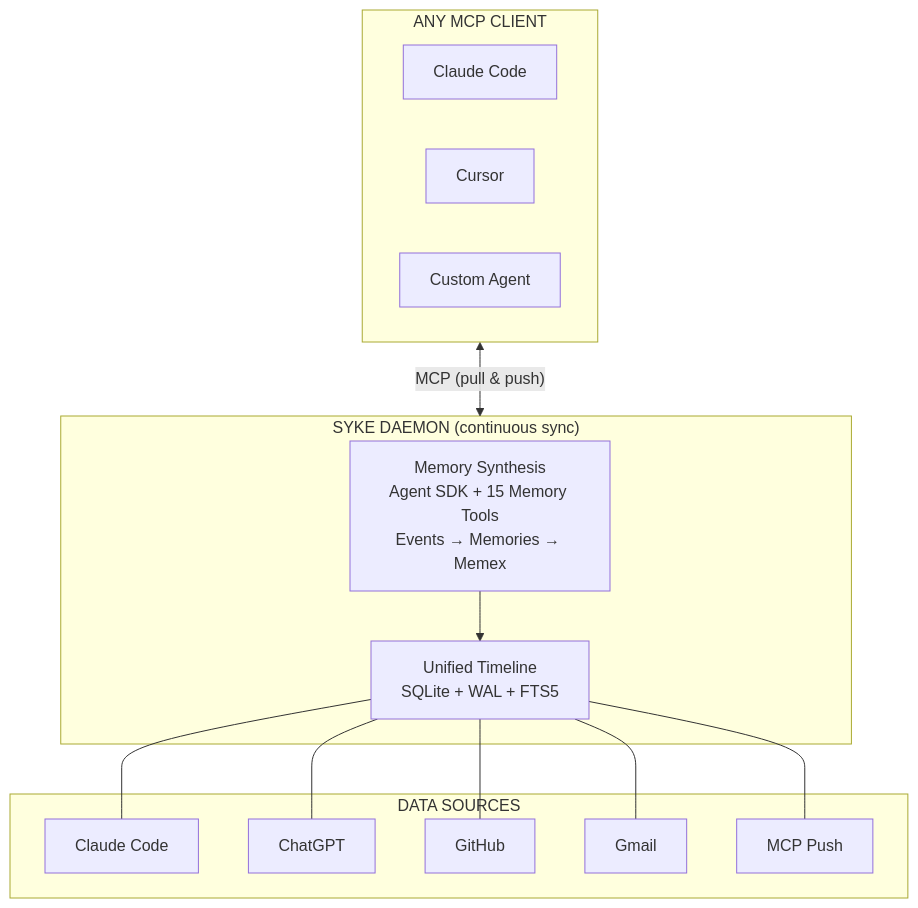
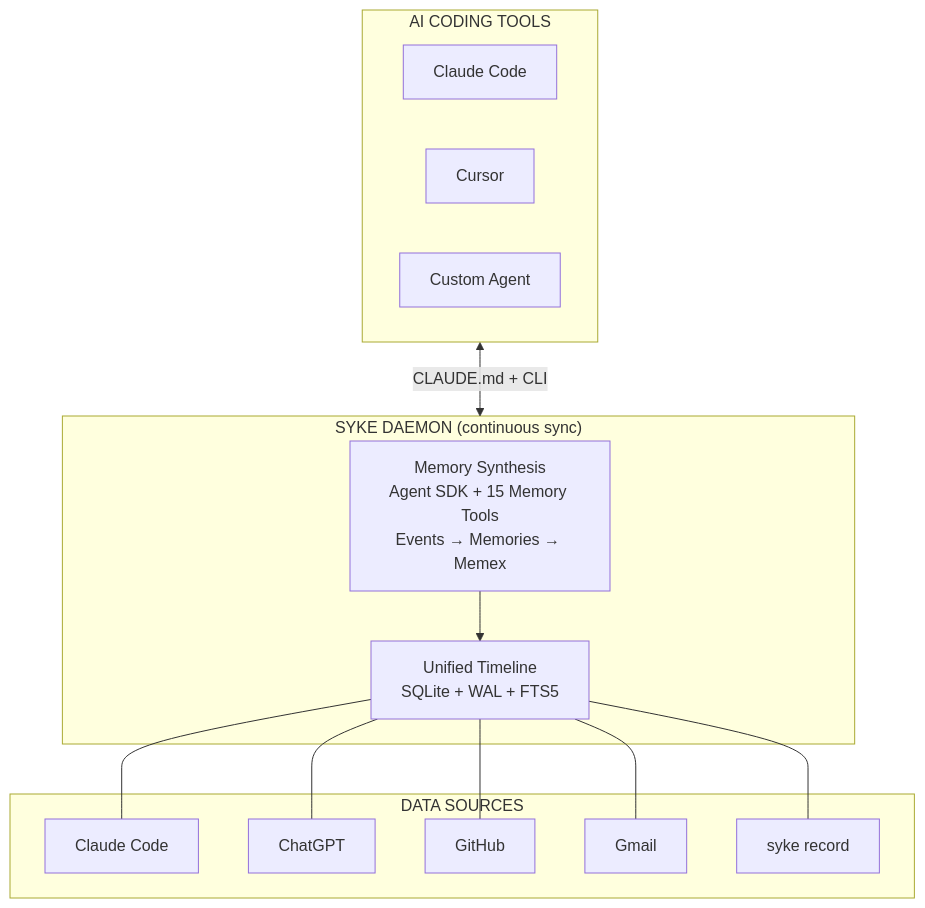
The diagram in docs-site/pages/guide/how-it-works.mdx (saxenauts/syke), drawn with Mermaid before and after one commit. The commit also changed other lines of this file and 5 other files, not shown here.

````diff
--- a/docs-site/pages/guide/how-it-works.mdx
+++ b/docs-site/pages/guide/how-it-works.mdx
@@ -7,25 +7,25 @@
 ```mermaid
 graph TB
-    subgraph Clients["ANY MCP CLIENT"]
+    subgraph Clients["AI CODING TOOLS"]
         CC[Claude Code]
         CU[Cursor]
         CA[Custom Agent]
     end
 
     subgraph Syke["SYKE DAEMON (continuous sync)"]
         IS["Memory Synthesis\nAgent SDK + 15 Memory Tools\nEvents → Memories → Memex"]
         TL["Unified Timeline\nSQLite + WAL + FTS5"]
         IS --> TL
     end
 
     subgraph Sources["DATA SOURCES"]
         S1[Claude Code]
         S2[ChatGPT]
         S3[GitHub]
         S4[Gmail]
-        S5[MCP Push]
+        S5[syke record]
     end
 
-    Clients <-->|"MCP (pull & push)"| Syke
+    Clients <-->|"CLAUDE.md + CLI"| Syke
     TL --- S1 & S2 & S3 & S4 & S5
 ```
````
